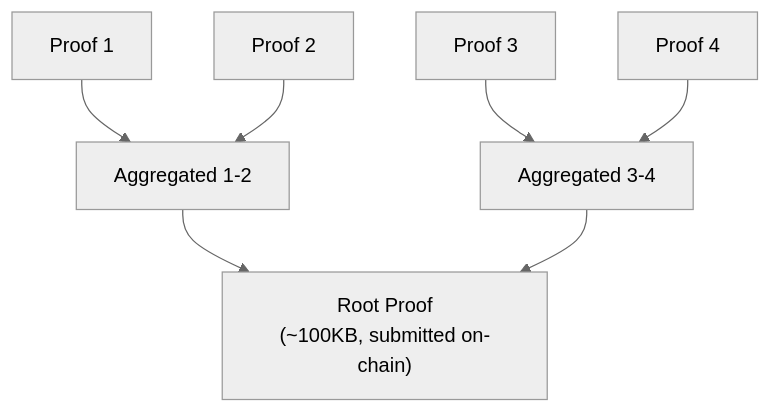
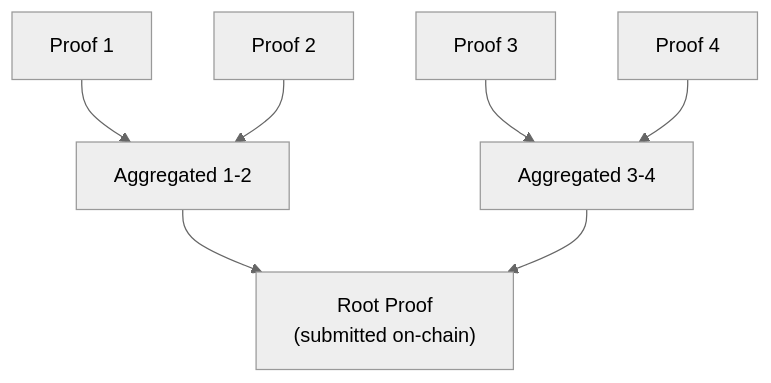
Before and after one commit to Quantus-Network/docs: the third of 3 diagrams in docs/deep-dives/wormhole.md, drawn with Mermaid (neutral theme). The commit also changed other lines of this file and 2 other files, not shown here.

````diff
--- a/docs/deep-dives/wormhole.md
+++ b/docs/deep-dives/wormhole.md
@@ -142,9 +145,9 @@
 ```mermaid
 graph TB
     P1["Proof 1"] --> A1["Aggregated 1-2"]
     P2["Proof 2"] --> A1
     P3["Proof 3"] --> A2["Aggregated 3-4"]
     P4["Proof 4"] --> A2
-    A1 --> Root["Root Proof<br/>(~100KB, submitted on-chain)"]
+    A1 --> Root["Root Proof<br/>(submitted on-chain)"]
     A2 --> Root
 ```
````
